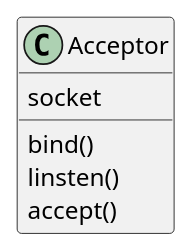
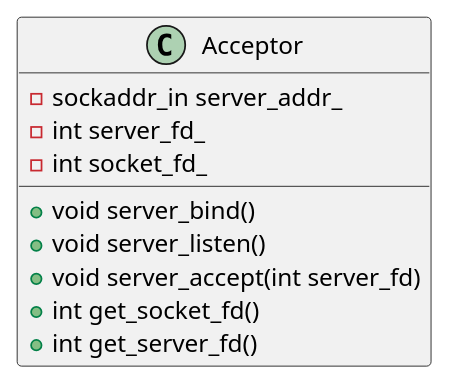
One commit to ryueran/modern_cpp_excercise changed the diagram in mordern_cpp/reactor/uml/Acceptor.plantuml. Above: the diagram before and after it, drawn with PlantUML. The commit also changed 4 other files, not shown here.

```diff
--- a/mordern_cpp/reactor/uml/Acceptor.plantuml
+++ b/mordern_cpp/reactor/uml/Acceptor.plantuml
@@ -1,9 +1,13 @@
 @startuml
 class Acceptor
 {
-    socket
-    bind()
-    linsten()
-    accept()
+    - sockaddr_in server_addr_
+    - int server_fd_
+    - int socket_fd_
+    + void server_bind()
+    + void server_listen()
+    + void server_accept(int server_fd)
+    + int get_socket_fd()
+    + int get_server_fd()
 }
 @enduml
```
